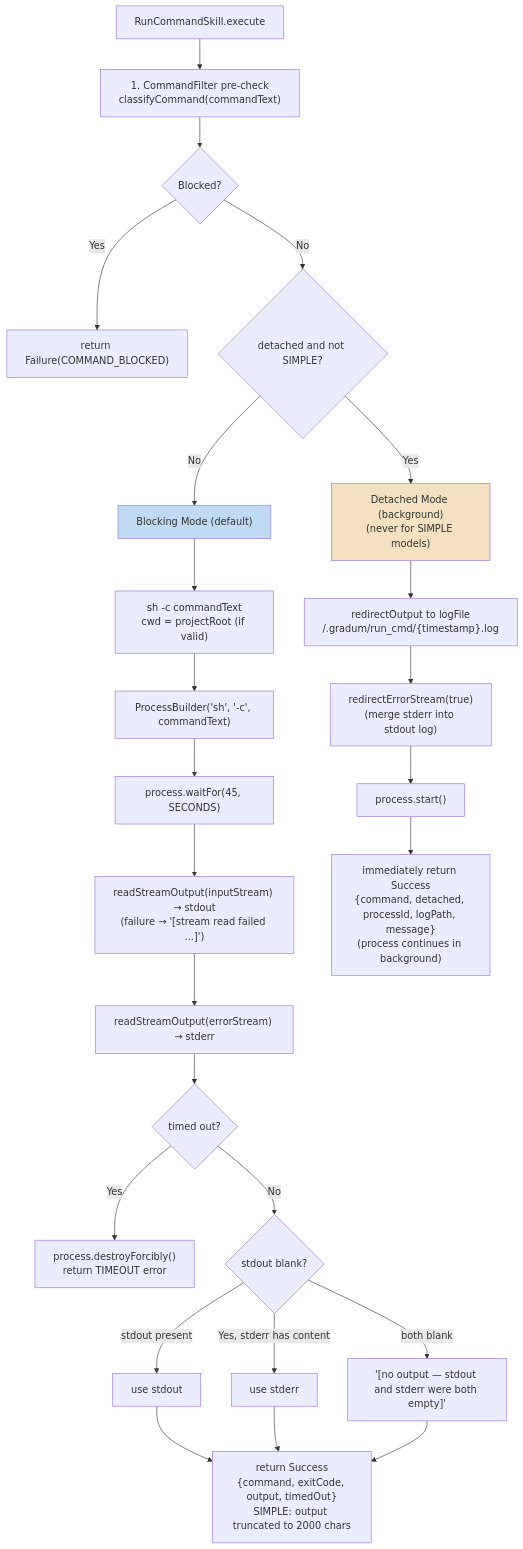
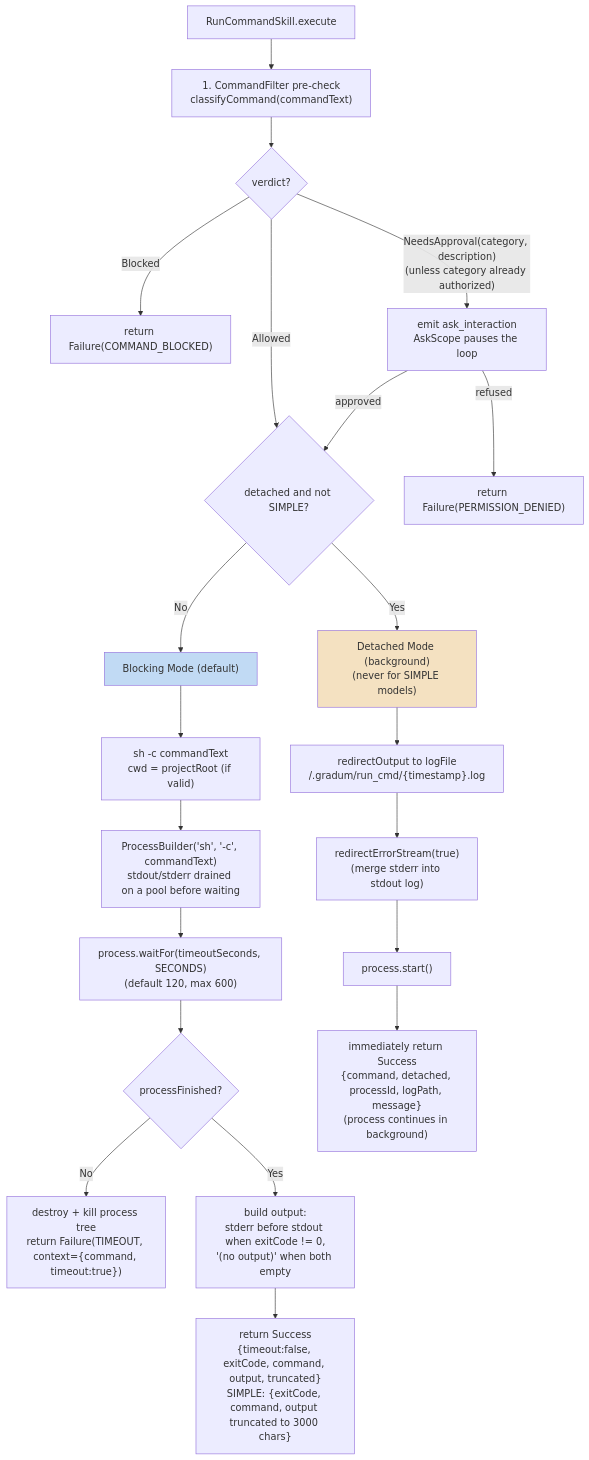
One commit to lg841226/Gradum changed diagram 14 of 30 in docs/ARCHITECTURE.md. Above: the diagram before and after it, drawn with Mermaid. The commit also changed other lines of this file and 9 other files, not shown here.

Commit message:
docs: overhaul ARCHITECTURE/PLUGIN_FEATURES, tidy code and env doctor output

````diff
--- a/docs/ARCHITECTURE.md
+++ b/docs/ARCHITECTURE.md
@@ -1070,29 +1121,25 @@
 ```mermaid
 flowchart TD
     START["RunCommandSkill.execute"] --> PRECHECK["1. CommandFilter pre-check<br/>classifyCommand(commandText)"]
-    PRECHECK --> BLOCKED{Blocked?}
-    BLOCKED -->|Yes| RETURN_BLOCKED["return Failure(COMMAND_BLOCKED)"]
-    BLOCKED -->|No| MODE{detached and not SIMPLE?}
+    PRECHECK --> VERDICT{verdict?}
+    VERDICT -->|Blocked| RETURN_BLOCKED["return Failure(COMMAND_BLOCKED)"]
+    VERDICT -->|"NeedsApproval(category, description)<br/>(unless category already authorized)"| ASK["emit ask_interaction<br/>AskScope pauses the loop"]
+    ASK -->|approved| MODE{detached and not SIMPLE?}
+    ASK -->|refused| DENIED["return Failure(PERMISSION_DENIED)"]
+    VERDICT -->|Allowed| MODE{detached and not SIMPLE?}
     MODE -->|No| BLOCKING["Blocking Mode (default)"]
     BLOCKING --> CWD["sh -c commandText<br/>cwd = projectRoot (if valid)"]
-    CWD --> PB1["ProcessBuilder('sh', '-c', commandText)"]
-    PB1 --> WAIT["process.waitFor(45, SECONDS)"]
-    WAIT --> STDOUT["readStreamOutput(inputStream) → stdout<br/>(failure → '[stream read failed ...]')"]
-    STDOUT --> STDERR["readStreamOutput(errorStream) → stderr"]
-    STDERR --> TIMEOUT{timed out?}
-    TIMEOUT -->|Yes| KILL["process.destroyForcibly()<br/>return TIMEOUT error"]
-    TIMEOUT -->|No| OUT{stdout blank?}
-    OUT -->|Yes, stderr has content| USE_ERR["use stderr"]
-    OUT -->|both blank| NOOUT["'[no output — stdout and stderr were both empty]'"]
-    OUT -->|stdout present| USE_OUT["use stdout"]
-    USE_OUT --> RETURN_BLOCK["return Success<br/>{command, exitCode, output, timedOut}<br/>SIMPLE: output truncated to 2000 chars"]
-    USE_ERR --> RETURN_BLOCK
-    NOOUT --> RETURN_BLOCK
+    CWD --> PB1["ProcessBuilder('sh', '-c', commandText)<br/>stdout/stderr drained on a pool before waiting"]
+    PB1 --> WAIT["process.waitFor(timeoutSeconds, SECONDS)<br/>(default 120, max 600)"]
+    WAIT --> TIMEOUT{processFinished?}
+    TIMEOUT -->|No| KILL["destroy + kill process tree<br/>return Failure(TIMEOUT, context={command, timeout:true})"]
+    TIMEOUT -->|Yes| OUT["build output:<br/>stderr before stdout when exitCode != 0,<br/>'(no output)' when both empty"]
+    OUT --> RETURN_BLOCK["return Success<br/>{timeout:false, exitCode, command, output, truncated}<br/>SIMPLE: {exitCode, command, output truncated to 3000 chars}"]
     MODE -->|Yes| DETACHED["Detached Mode (background)<br/>(never for SIMPLE models)"]
     DETACHED --> LOG["redirectOutput to logFile<br/><projectRoot>/.gradum/run_cmd/{timestamp}.log"]
     LOG --> MERGE["redirectErrorStream(true)<br/>(merge stderr into stdout log)"]
     MERGE --> START2["process.start()"]
     START2 --> RETURN_DET["immediately return Success<br/>{command, detached, processId, logPath, message}<br/>(process continues in background)"]
     style BLOCKING fill: #c1daf4
     style DETACHED fill: #f4e1c1
 ```
````
